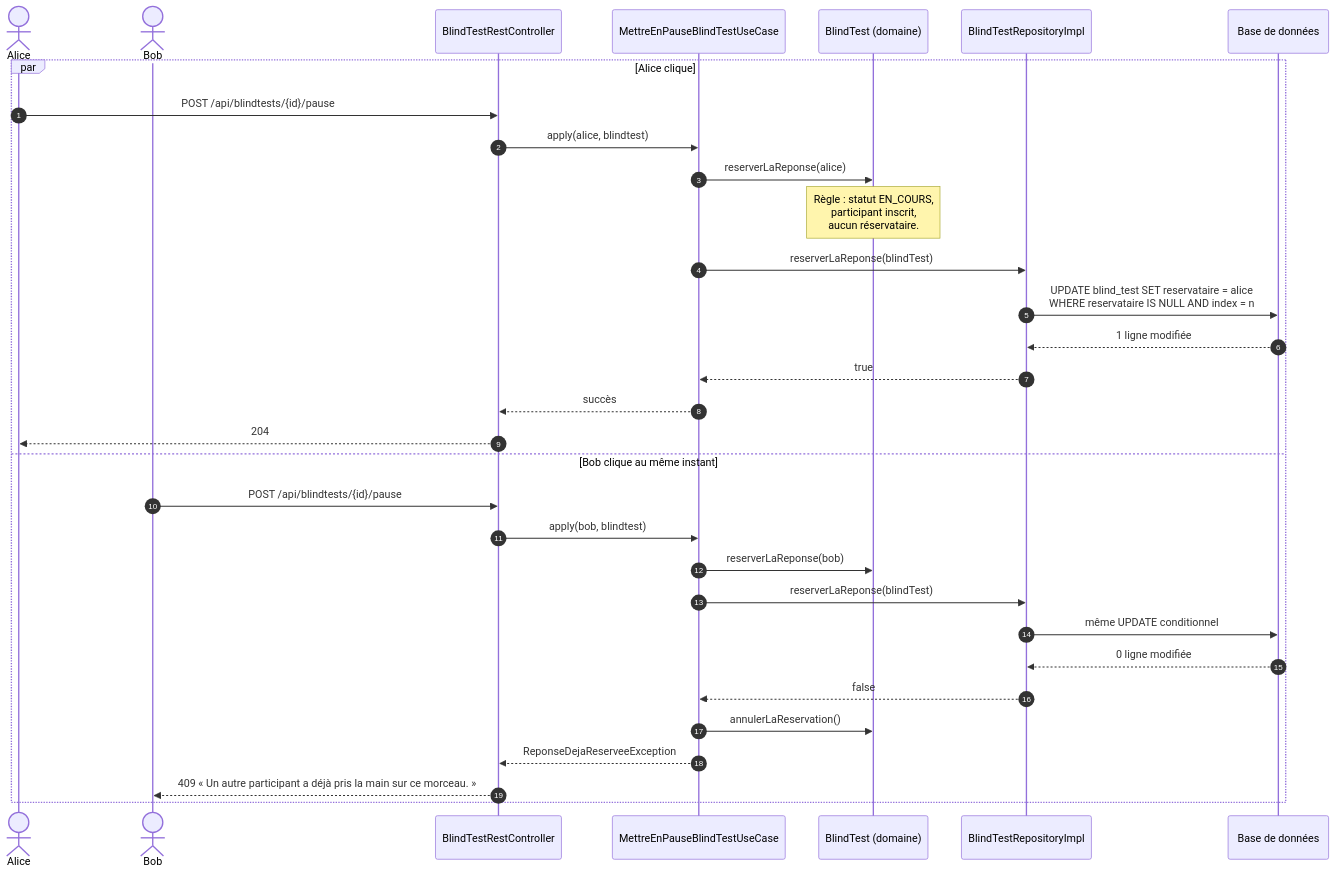
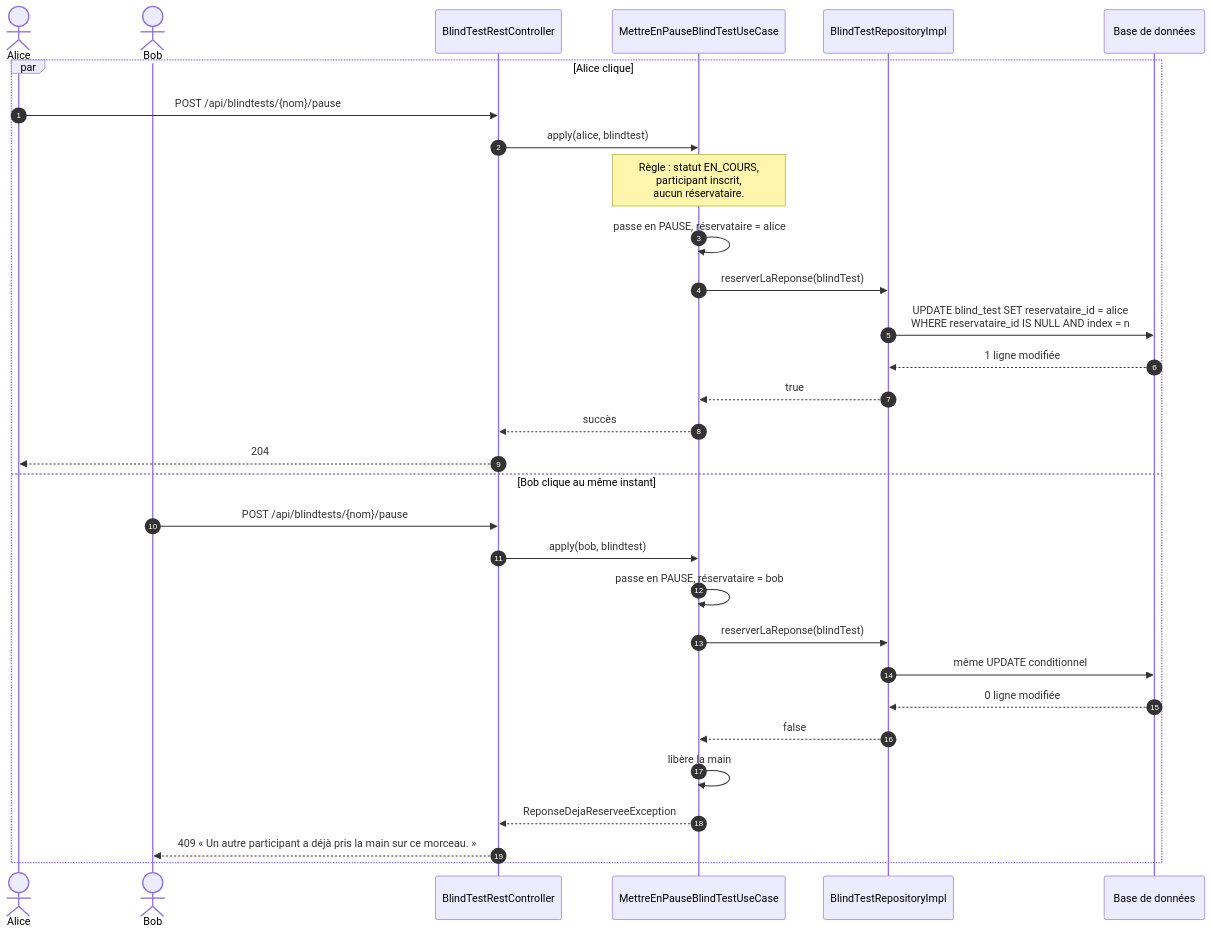
Before and after one commit to 8alex62/BlindTest: the third of 3 diagrams in blindTest/docs/architecture.md, drawn with Mermaid. The commit also changed other lines of this file and 1 other file, not shown here.

````diff
--- a/blindTest/docs/architecture.md
+++ b/blindTest/docs/architecture.md
@@ -165,35 +162,34 @@
 ```mermaid
 sequenceDiagram
     autonumber
     actor A as Alice
     actor B as Bob
     participant RC as BlindTestRestController
     participant UC as MettreEnPauseBlindTestUseCase
-    participant BT as BlindTest (domaine)
     participant BRI as BlindTestRepositoryImpl
     participant DB as Base de données
 
     par Alice clique
-        A->>RC: POST /api/blindtests/{id}/pause
+        A->>RC: POST /api/blindtests/{nom}/pause
         RC->>UC: apply(alice, blindtest)
-        UC->>BT: reserverLaReponse(alice)
-        Note over BT: Règle : statut EN_COURS,<br/>participant inscrit,<br/>aucun réservataire.
+        Note over UC: Règle : statut EN_COURS,<br/>participant inscrit,<br/>aucun réservataire.
+        UC->>UC: passe en PAUSE, réservataire = alice
         UC->>BRI: reserverLaReponse(blindTest)
-        BRI->>DB: UPDATE blind_test SET reservataire = alice<br/>WHERE reservataire IS NULL AND index = n
+        BRI->>DB: UPDATE blind_test SET reservataire_id = alice<br/>WHERE reservataire_id IS NULL AND index = n
         DB-->>BRI: 1 ligne modifiée
         BRI-->>UC: true
         UC-->>RC: succès
         RC-->>A: 204
     and Bob clique au même instant
-        B->>RC: POST /api/blindtests/{id}/pause
+        B->>RC: POST /api/blindtests/{nom}/pause
         RC->>UC: apply(bob, blindtest)
-        UC->>BT: reserverLaReponse(bob)
+        UC->>UC: passe en PAUSE, réservataire = bob
         UC->>BRI: reserverLaReponse(blindTest)
         BRI->>DB: même UPDATE conditionnel
         DB-->>BRI: 0 ligne modifiée
         BRI-->>UC: false
-        UC->>BT: annulerLaReservation()
+        UC->>UC: libère la main
         UC-->>RC: ReponseDejaReserveeException
         RC-->>B: 409 « Un autre participant a déjà pris la main sur ce morceau. »
     end
 ```
````
